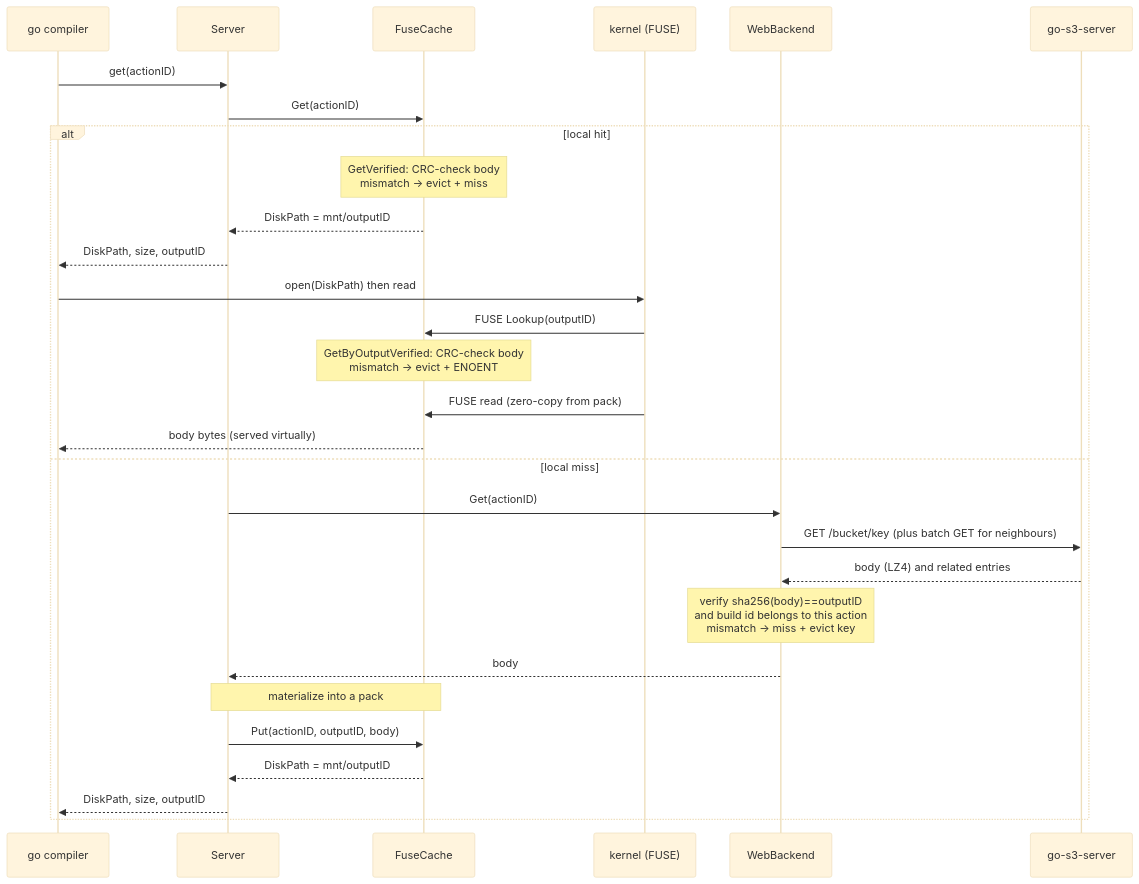
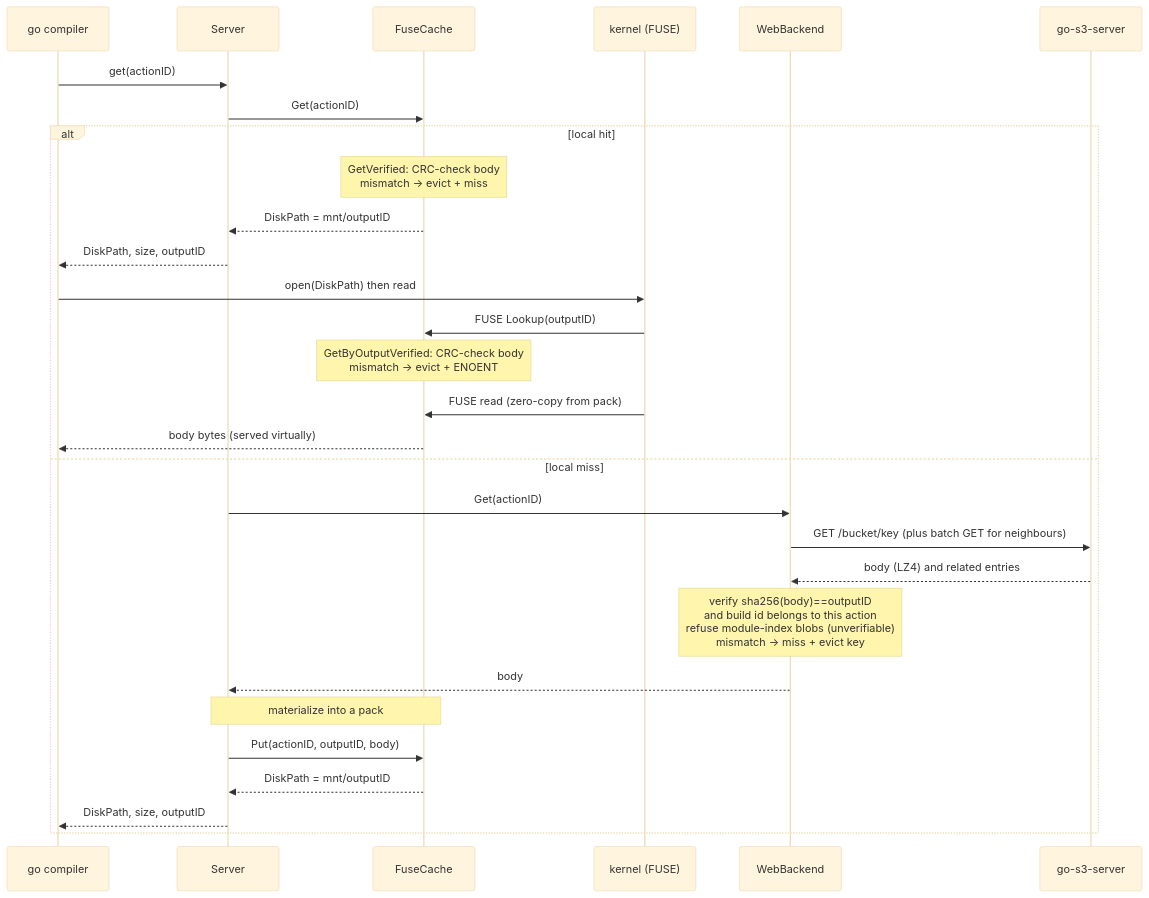
The fourth of 6 diagrams in docs/CACHE.md (wow-look-at-my/go-toolchain), drawn with Mermaid (base theme) before and after one commit. The commit also changed other lines of this file and 9 other files, not shown here.

````diff
--- a/docs/CACHE.md
+++ b/docs/CACHE.md
@@ -228,32 +228,32 @@
 ```mermaid
 sequenceDiagram
     participant Go as go compiler
     participant S as Server
     participant L as FuseCache
     participant K as kernel (FUSE)
     participant W as WebBackend
     participant R as go-s3-server
 
     Go->>S: get(actionID)
     S->>L: Get(actionID)
     alt local hit
         Note over L: GetVerified: CRC-check body<br/>mismatch → evict + miss
         L-->>S: DiskPath = mnt/outputID
         S-->>Go: DiskPath, size, outputID
         Go->>K: open(DiskPath) then read
         K->>L: FUSE Lookup(outputID)
         Note over L: GetByOutputVerified: CRC-check body<br/>mismatch → evict + ENOENT
         K->>L: FUSE read (zero-copy from pack)
         L-->>Go: body bytes (served virtually)
     else local miss
         S->>W: Get(actionID)
         W->>R: GET /bucket/key (plus batch GET for neighbours)
         R-->>W: body (LZ4) and related entries
-        Note over W: verify sha256(body)==outputID<br/>and build id belongs to this action<br/>mismatch → miss + evict key
+        Note over W: verify sha256(body)==outputID<br/>and build id belongs to this action<br/>refuse module-index blobs (unverifiable)<br/>mismatch → miss + evict key
         W-->>S: body
         Note over S,L: materialize into a pack
         S->>L: Put(actionID, outputID, body)
         L-->>S: DiskPath = mnt/outputID
         S-->>Go: DiskPath, size, outputID
     end
 ```
````
